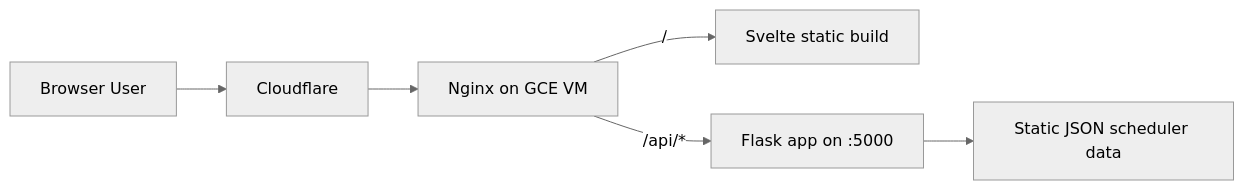
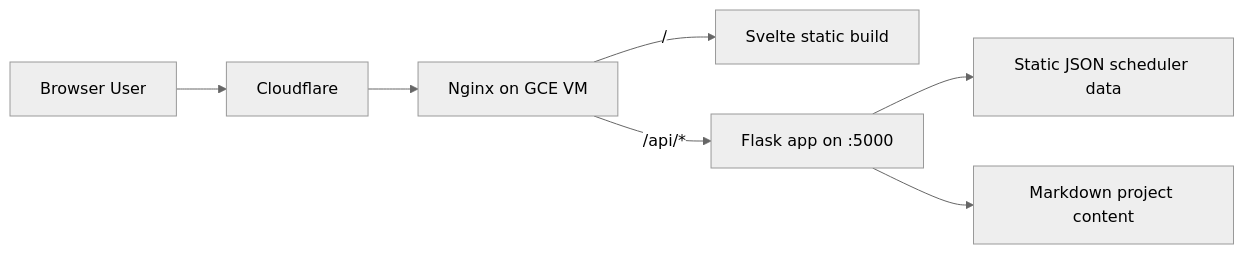
The diagram in documentation/project-overview.md (DefiantBurger/Website), drawn with Mermaid (neutral theme) before and after one commit. The commit also changed other lines of this file and 22 other files, not shown here.

````diff
--- a/documentation/project-overview.md
+++ b/documentation/project-overview.md
@@ -14,8 +14,9 @@
 ```mermaid
 flowchart LR
     User[Browser User] --> CF[Cloudflare]
     CF --> Nginx[Nginx on GCE VM]
     Nginx -->|/| FE[Svelte static build]
     Nginx -->|/api/*| Flask[Flask app on :5000]
     Flask --> JSON[Static JSON scheduler data]
+    Flask --> MD[Markdown project content]
 ```
````
